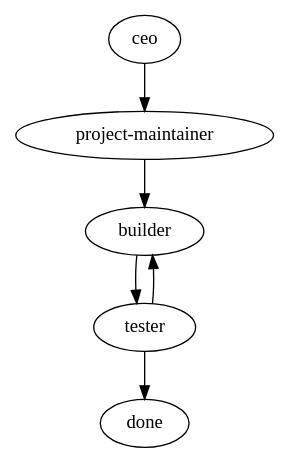
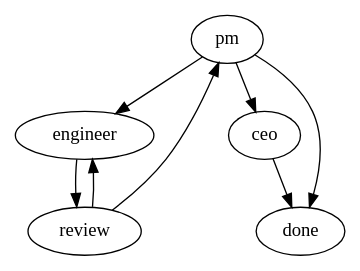
The diagram in lib/team-templates/product/team.dot (bcmyguest/ai-collab), drawn with Graphviz before and after one commit. The commit also changed 2 other files, not shown here.

Commit message:
fix: give the product team a PM, engineering, and review
The CEO checks course every few tasks from notes and market research, and does not see every task.

```diff
--- a/lib/team-templates/product/team.dot
+++ b/lib/team-templates/product/team.dot
@@ -1,13 +1,16 @@
-// product: propose one feature, keep the tree coherent, implement it, and prove it. Each role falls back to the first limit-chain model.
+// product: the PM checks the vision, engineering does the work, review reports back to the PM.
+// The CEO is not on every task. Every few finished tasks the PM hands over notes.
 digraph "product" {
-  graph [description="Propose one feature, keep the tree coherent, implement it, and prove it with a test."];
-  ceo [agent="cursor:grok-4.7-high", prompt="Set product direction that stays consistent with the original vision in MISSION.md: one place to run, watch, and steer coding agents from a phone. Propose one feature. Do not implement it.", fallback="cursor:deepseek-v41-flash-1017-high"];
-  "project-maintainer" [agent="cursor:grok-4.7-high", prompt="Keep the tree, the merges, and the running system coherent with the proposal. Do not invent features. Hand one change to the builder.", fallback="cursor:deepseek-v41-flash-1017-high"];
-  builder [agent="cursor:grok-4.7-high", prompt="Implement the one feature you were handed. Do not widen it. Hand the change to the tester.", fallback="cursor:deepseek-v41-flash-1017-high"];
-  tester [agent="cursor:grok-4.7-high", prompt="Prove the change with a test that fails before the fix and passes after, or an existing test that now covers the behavior. Send proven only with that proof. A claim without it goes back to the builder.", fallback="cursor:deepseek-v41-flash-1017-high"];
-  ceo -> "project-maintainer" [on="proposed", kind="pair", required=true];
-  "project-maintainer" -> builder [on="coherent", kind="pair", required=true];
-  builder -> tester [on="implemented", kind="pair", required=true];
-  tester -> builder [on="unproven", kind="pair", required=false, cap=3];
-  tester -> done [on="proven", kind="pair", required=true];
+  graph [description="PM checks the vision, engineering builds, review reports to the PM. The CEO sees every few tasks."];
+  pm [agent="cursor:grok-4.7-high", prompt="Check this task against the product vision in MISSION.md. Hand it to engineering when it fits. When review reports back, close the task or send it for another pass. Every few finished tasks, not every task, hand the PM notes and the engineer's notes to the CEO. Do not implement.", fallback="cursor:deepseek-v41-flash-1017-high"];
+  engineer [agent="cursor:grok-4.7-high", prompt="Do the engineering work for the task the PM handed you. Record what you learned about engineering direction for the PM. Hand the change to review. Do not set product direction.", fallback="cursor:deepseek-v41-flash-1017-high"];
+  review [agent="cursor:grok-4.7-high", prompt="Review the change against the task, including whether a test proves the behavior. Report that result back to the PM. Do not invent the next feature.", fallback="cursor:deepseek-v41-flash-1017-high"];
+  ceo [agent="cursor:grok-4.7-high", prompt="You do not see every task. When the PM hands you several finished tasks, read the PM's notes and the engineer's notes, do market research, and keep the company on the vision in MISSION.md. Write the direction. Do not implement.", fallback="cursor:deepseek-v41-flash-1017-high"];
+  pm -> engineer [on="in vision", kind="pair", required=true];
+  engineer -> review [on="built", kind="pair", required=true];
+  review -> engineer [on="changes", kind="pair", required=false, cap=3];
+  review -> pm [on="reported", kind="pair", required=true];
+  pm -> ceo [on="several tasks", kind="pair", required=false];
+  ceo -> done [on="course set", kind="pair", required=false];
+  pm -> done [on="task closed", kind="pair", required=true];
 }
```
